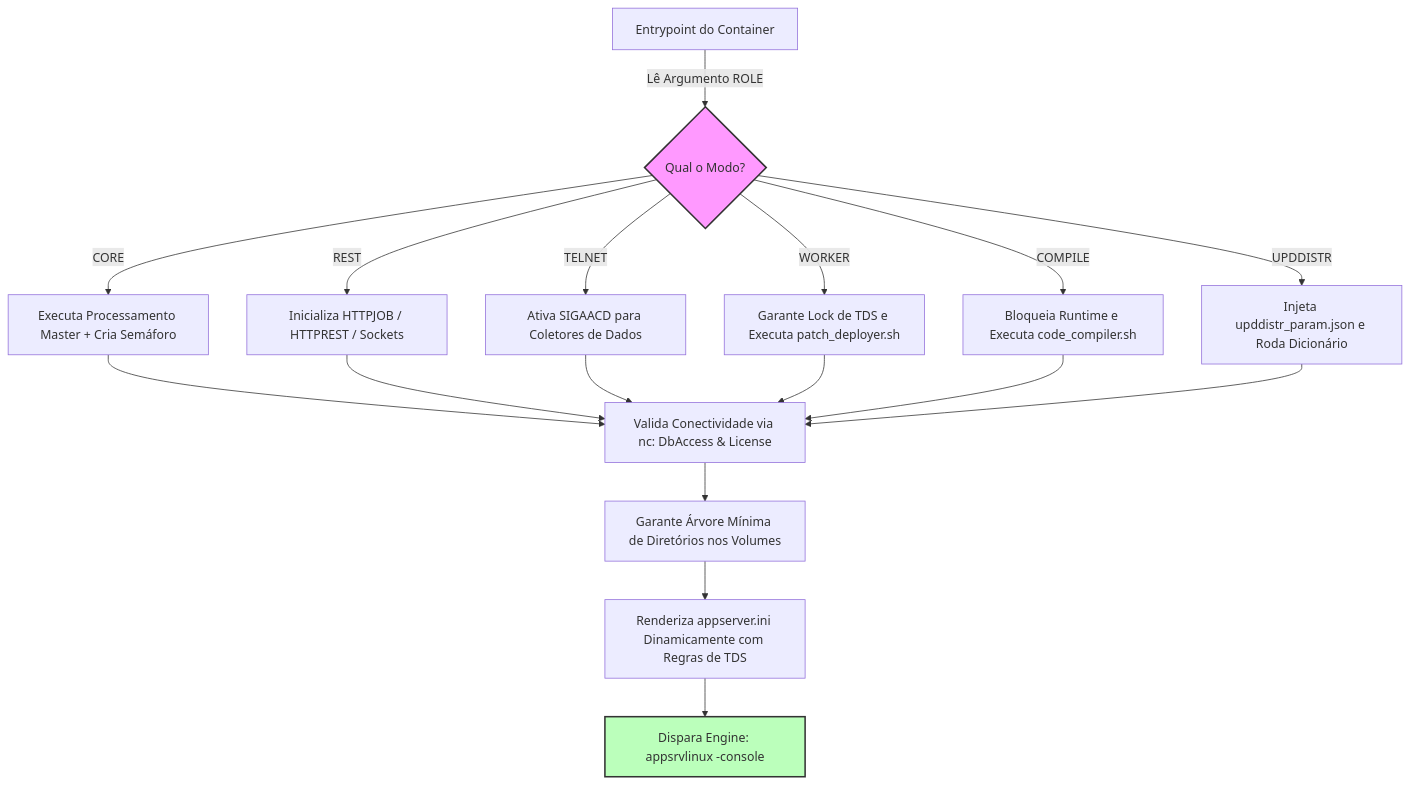
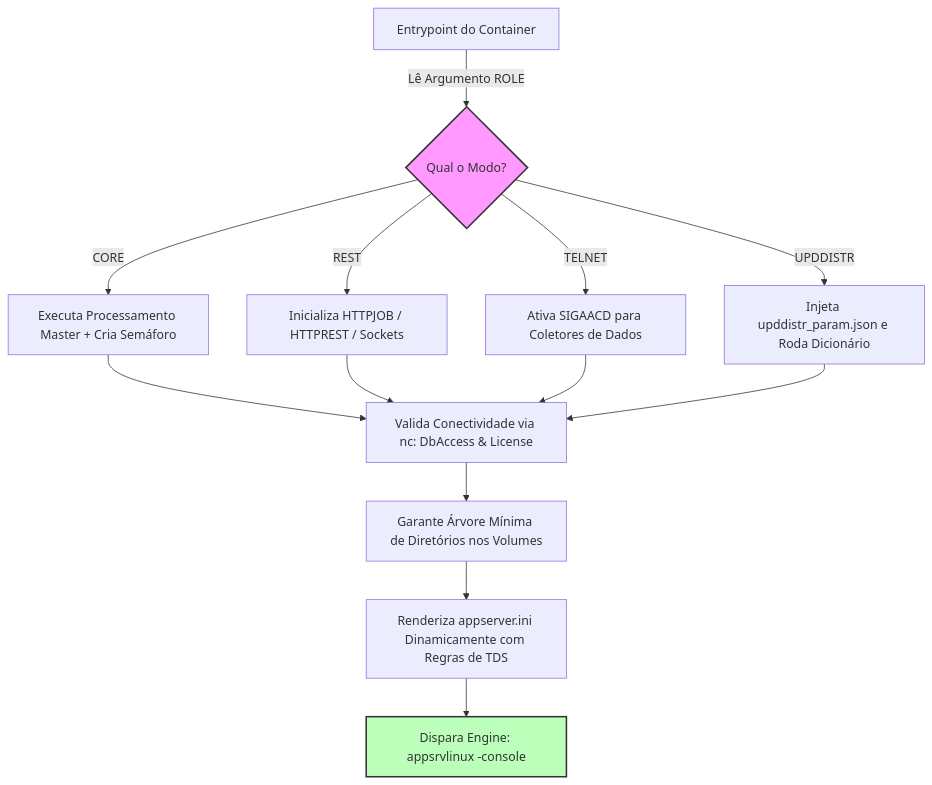
The diagram in README.md (rodrigomicrosiga-devops/docker-protheus-appserver), drawn with Mermaid before and after one commit. The commit also changed other lines of this file and 4 other files, not shown here.

````diff
--- a/README.md
+++ b/README.md
@@ -11,23 +11,21 @@
 ```mermaid
 graph TD
     %% Inicialização
     A[Entrypoint do Container] -->|Lê Argumento ROLE| B{Qual o Modo?}
     
     %% Papéis
     B -->|CORE| C[Executa Processamento Master + Cria Semáforo]
     B -->|REST| D[Inicializa HTTPJOB / HTTPREST / Sockets]
     B -->|TELNET| E[Ativa SIGAACD para Coletores de Dados]
-    B -->|WORKER| F[Garante Lock de TDS e Executa patch_deployer.sh]
-    B -->|COMPILE| G[Bloqueia Runtime e Executa code_compiler.sh]
     B -->|UPDDISTR| H[Injeta upddistr_param.json e Roda Dicionário]
     
     %% Validações de Borda
-    C & D & E & F & G & H --> I[Valida Conectividade via nc: DbAccess & License]
+    C & D & E & H --> I[Valida Conectividade via nc: DbAccess & License]
     I --> J[Garante Árvore Mínima de Diretórios nos Volumes]
     J --> K[Renderiza appserver.ini Dinamicamente com Regras de TDS]
     K --> L[Dispara Engine: appsrvlinux -console]
 
     %% Estilização
     style B fill:#f9f,stroke:#333,stroke-width:2px
     style L fill:#bfb,stroke:#333,stroke-width:2px
 ```
````
